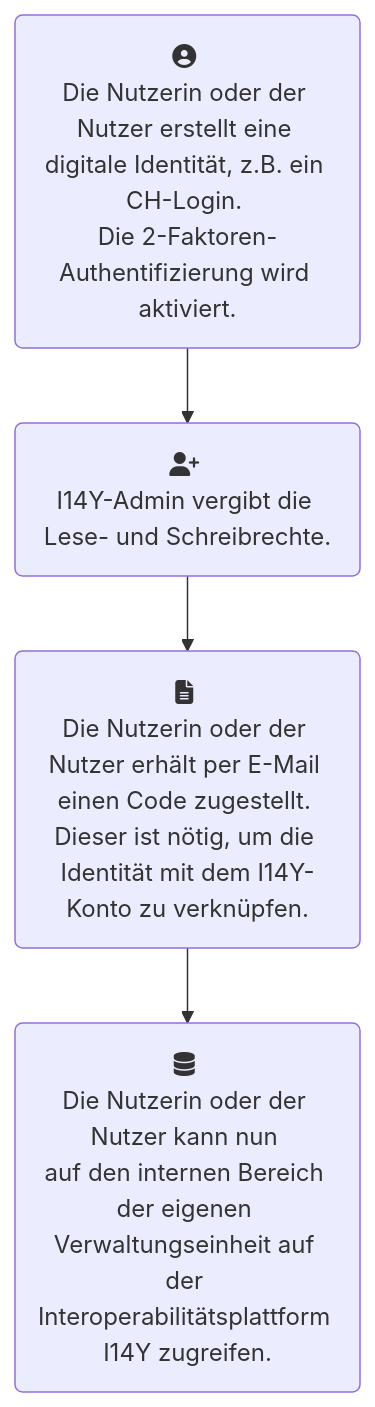
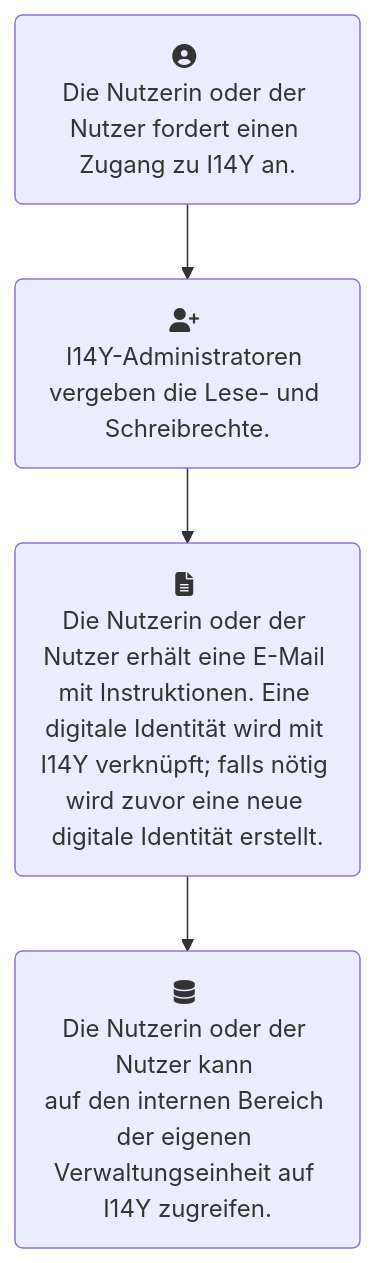
The diagram in content/de/plattform/kontenverwaltung.md (I14Y-ch/handbook), drawn with Mermaid before and after one commit. The commit also changed other lines of this file and 4 other files, not shown here.

````diff
--- a/content/de/plattform/kontenverwaltung.md
+++ b/content/de/plattform/kontenverwaltung.md
@@ -20,11 +12,11 @@
 ```mermaid
 flowchart TD
-    user(fa:fa-user-circle \nDie Nutzerin oder der Nutzer erstellt eine digitale Identität, z.B. ein CH-Login. \nDie 2-Faktoren-Authentifizierung wird aktiviert.)
-    account(fa:fa-user-plus \nI14Y-Admin vergibt die Lese- und Schreibrechte.)
-    code(fa:fa-file-text \nDie Nutzerin oder der Nutzer erhält per E-Mail einen Code zugestellt. \nDieser ist nötig, um die Identität mit dem I14Y-Konto zu verknüpfen.)
-    i14y(fa:fa-database \nDie Nutzerin oder der Nutzer kann nun \nauf den internen Bereich der eigenen Verwaltungseinheit auf der Interoperabilitätsplattform I14Y zugreifen.)
+    user(fa:fa-user-circle \nDie Nutzerin oder der Nutzer fordert einen Zugang zu I14Y an.)
+    account(fa:fa-user-plus \nI14Y-Administratoren vergeben die Lese- und Schreibrechte.)
+    code(fa:fa-file-text \nDie Nutzerin oder der Nutzer erhält eine E-Mail mit Instruktionen. Eine digitale Identität wird mit I14Y verknüpft; falls nötig wird zuvor eine neue digitale Identität erstellt.)
+    i14y(fa:fa-database \nDie Nutzerin oder der Nutzer kann \nauf den internen Bereich der eigenen Verwaltungseinheit auf I14Y zugreifen.)
 
 user-->account
 account-->code
 code-->i14y
 ```
````
